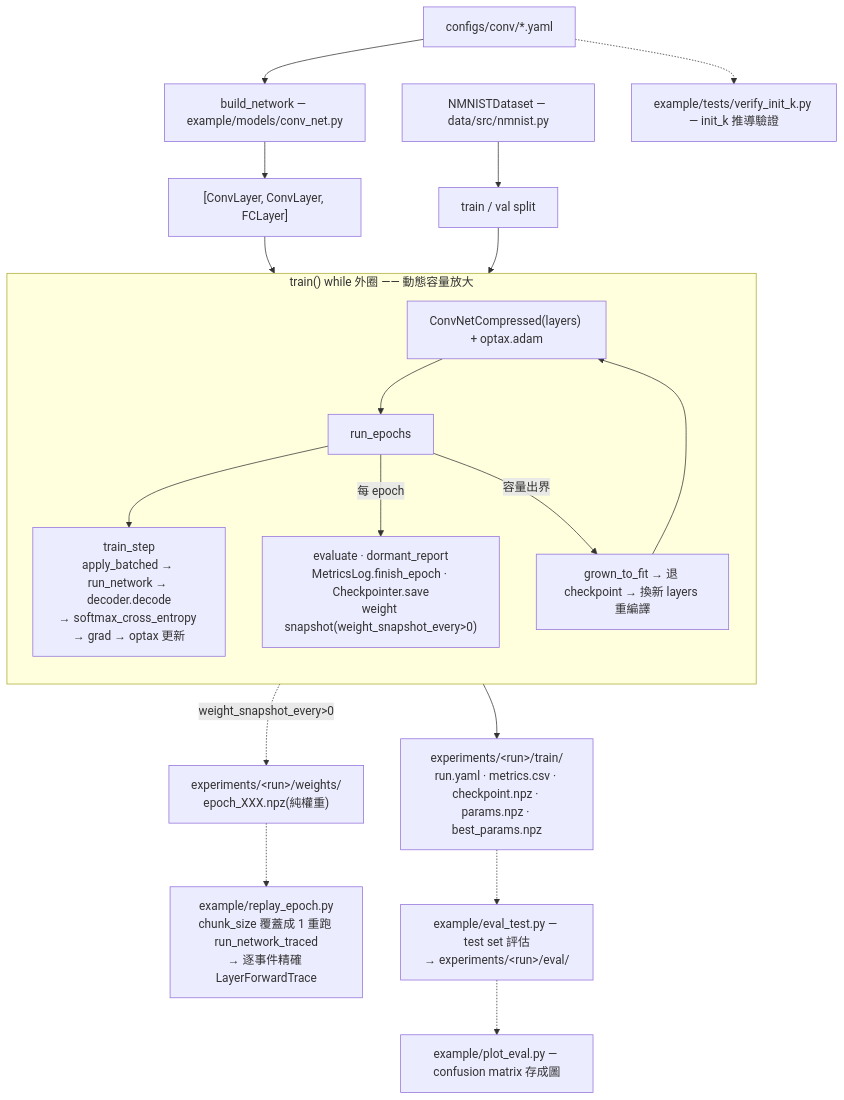
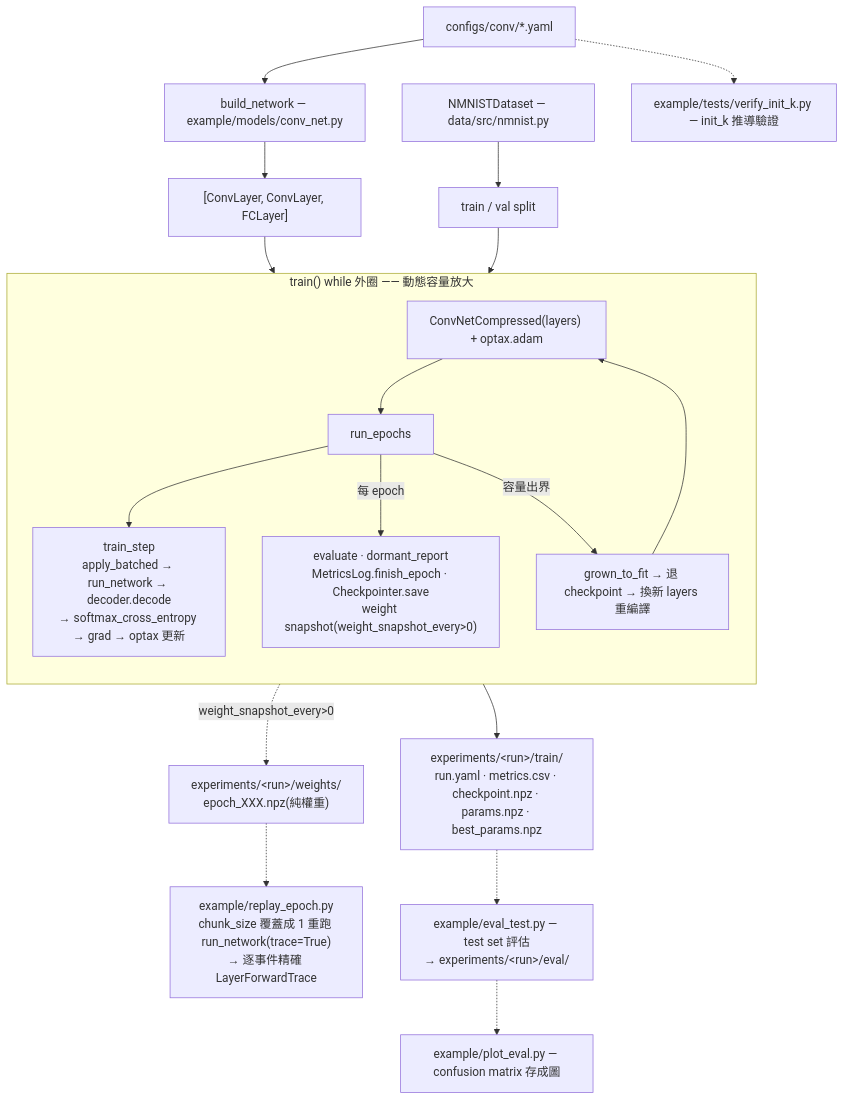
Before and after one commit to Salt-Shio/Spiking-Affine-Lazy-Training: the second of 2 diagrams in docs/架構.md, drawn with Mermaid. The commit also changed other lines of this file and 26 other files, not shown here.

First line of the commit message:
架構審查階段 5.2b:backend、單一 forward、單一 run_network

````diff
--- a/docs/架構.md
+++ b/docs/架構.md
@@ -88,24 +90,24 @@
 ```mermaid
 flowchart TD
     CFG["configs/conv/*.yaml"] --> BN["build_network — example/models/conv_net.py"]
     BN --> LAYERS["[ConvLayer, ConvLayer, FCLayer]"]
     DS["NMNISTDataset — data/src/nmnist.py"] --> SPLIT["train / val split"]
 
     LAYERS --> WHILE
     SPLIT --> WHILE
     subgraph WHILE["train() while 外圈 —— 動態容量放大"]
         direction TB
         NET["ConvNetCompressed(layers) + optax.adam"] --> RE["run_epochs"]
         RE --> TS["train_step<br/>apply_batched → run_network → decoder.decode<br/>→ softmax_cross_entropy → grad → optax 更新"]
         RE -->|"每 epoch"| PE["evaluate · dormant_report<br/>MetricsLog.finish_epoch · Checkpointer.save<br/>weight snapshot(weight_snapshot_every>0)"]
         RE -->|"容量出界"| GROW["grown_to_fit → 退 checkpoint → 換新 layers 重編譯"]
         GROW --> NET
     end
     WHILE --> OUT["experiments/&lt;run&gt;/train/<br/>run.yaml · metrics.csv · checkpoint.npz · params.npz · best_params.npz"]
     WHILE -.->|"weight_snapshot_every>0"| WOUT["experiments/&lt;run&gt;/weights/<br/>epoch_XXX.npz(純權重)"]
-    WOUT -.-> REPLAY["example/replay_epoch.py<br/>chunk_size 覆蓋成 1 重跑 run_network_traced<br/>→ 逐事件精確 LayerForwardTrace"]
+    WOUT -.-> REPLAY["example/replay_epoch.py<br/>chunk_size 覆蓋成 1 重跑 run_network(trace=True)<br/>→ 逐事件精確 LayerForwardTrace"]
 
     OUT -.-> EVAL["example/eval_test.py — test set 評估<br/>→ experiments/&lt;run&gt;/eval/"]
     EVAL -.-> PLOT["example/plot_eval.py — confusion matrix 存成圖"]
     CFG -.-> VER["example/tests/verify_init_k.py — init_k 推導驗證"]
 ```
````
